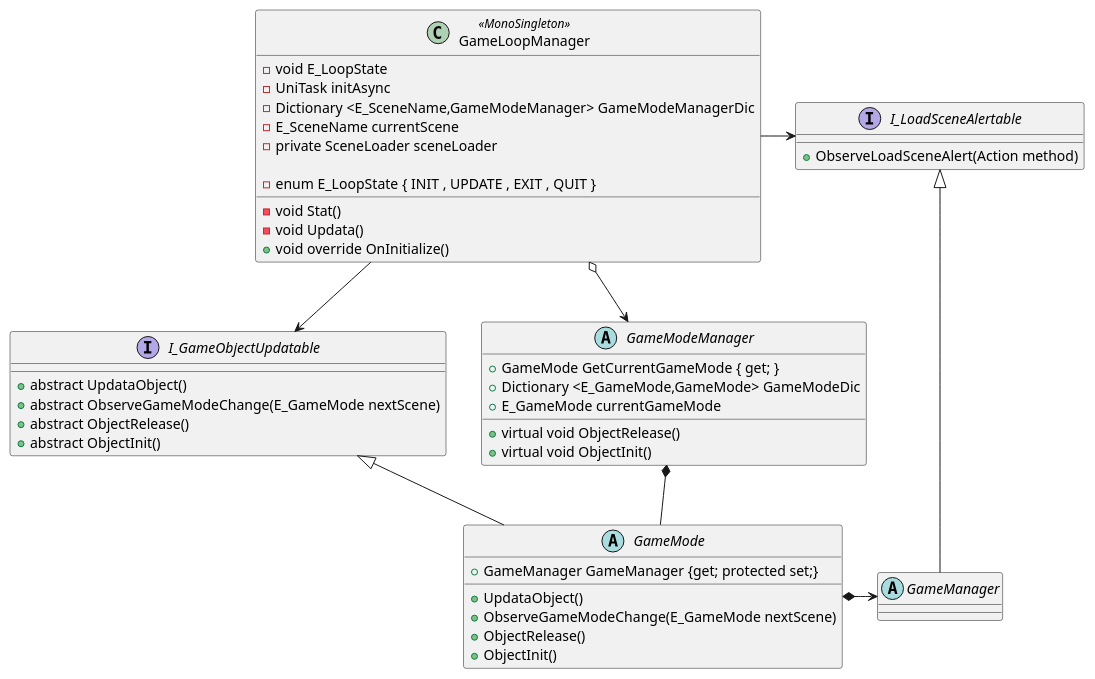
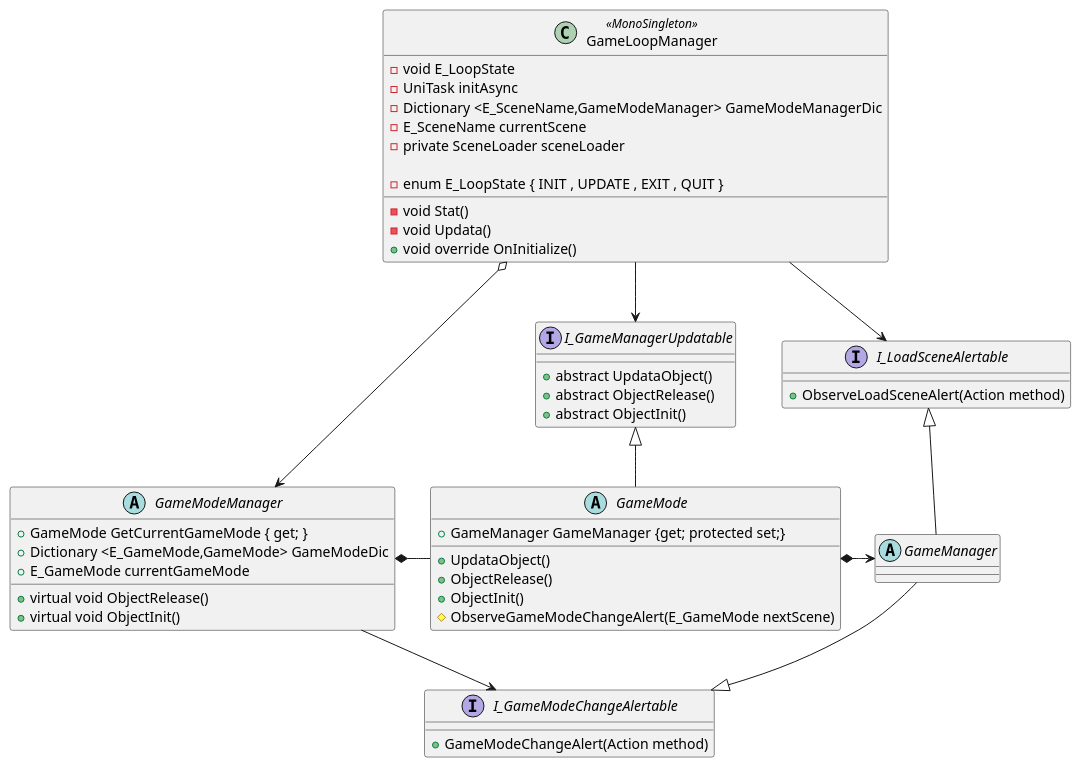
Before and after one commit to tezumozu/Unity_tests: the diagram in Assets/Uml/Zunda/Class/GameManager.pu, drawn with PlantUML. The commit also changed 15 other files, not shown here.

Commit message:
update GameManager

```diff
--- a/Assets/Uml/Zunda/Class/GameManager.pu
+++ b/Assets/Uml/Zunda/Class/GameManager.pu
@@ -1,57 +1,63 @@
 @startuml ゲーマネージャ
 class GameLoopManager <<MonoSingleton>>{
     - void E_LoopState
     - UniTask initAsync
     - Dictionary <E_SceneName,GameModeManager> GameModeManagerDic
     - E_SceneName currentScene
     - private SceneLoader sceneLoader
     - void Stat()
     - void Updata()
     + void override OnInitialize()
 
     - enum E_LoopState { INIT , UPDATE , EXIT , QUIT }
 }
 
 
 abstract GameModeManager {
     + GameMode GetCurrentGameMode { get; }
     + Dictionary <E_GameMode,GameMode> GameModeDic
     + E_GameMode currentGameMode
 
     + virtual void ObjectRelease()
     + virtual void ObjectInit()
 }
 
-interface I_GameObjectUpdatable{
+interface I_GameManagerUpdatable{
     + abstract UpdataObject()
-    + abstract ObserveGameModeChange(E_GameMode nextScene)
     + abstract ObjectRelease()
     + abstract ObjectInit()
 }
 
 abstract GameMode {
     + GameManager GameManager {get; protected set;}
 
     + UpdataObject()
-    + ObserveGameModeChange(E_GameMode nextScene)
     + ObjectRelease()
     + ObjectInit()
+    # ObserveGameModeChangeAlert(E_GameMode nextScene)
 }
 
 interface I_LoadSceneAlertable {
     + ObserveLoadSceneAlert(Action method)
 }
 
+interface I_GameModeChangeAlertable {
+    + GameModeChangeAlert(Action method)
+}
+
 abstract class GameManager{
 
 }
 
-GameLoopManager --> I_GameObjectUpdatable
+GameLoopManager --> I_GameManagerUpdatable
 GameLoopManager o--> GameModeManager
 GameLoopManager -right-> I_LoadSceneAlertable
 GameModeManager *-right- GameMode
 GameManager -up-|> I_LoadSceneAlertable
-GameMode -up-|> I_GameObjectUpdatable
+GameMode -up-|> I_GameManagerUpdatable
 GameMode *-right-> GameManager
+GameManager --|> I_GameModeChangeAlertable
+GameModeManager --> I_GameModeChangeAlertable
+ 
 
 @enduml
```
